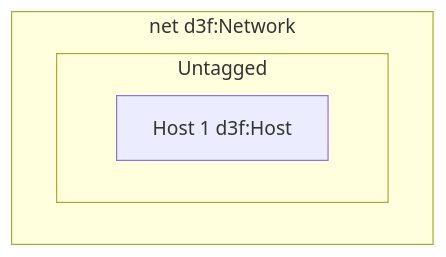
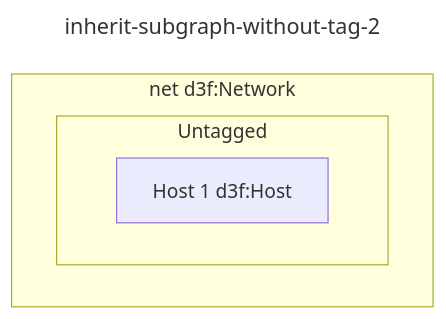
One commit to ioggstream/d3sign changed the ninth of 15 diagrams in app/src/data/examples/testcases.md. Above: the diagram before and after it, drawn with Mermaid. The commit also changed other lines of this file and 8 other files, not shown here.

Commit message:
Fix: #6. Diagram titles.

````diff
--- a/app/src/data/examples/testcases.md
+++ b/app/src/data/examples/testcases.md
@@ -257,14 +275,17 @@
 ```mermaid
+---
+title: inherit-subgraph-without-tag-2
+---
 graph
 
 subgraph net [net d3f:Network]
   %% I don't know if it's tagged or not,
   %%   so I won't ignore it unless after
   %%   parsing all the file, it turns out to be untagged.
   padding
 end
 
 subgraph padding [Untagged]
     a[Host 1 d3f:Host]
 end
 ```
````
